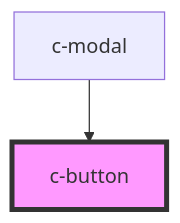
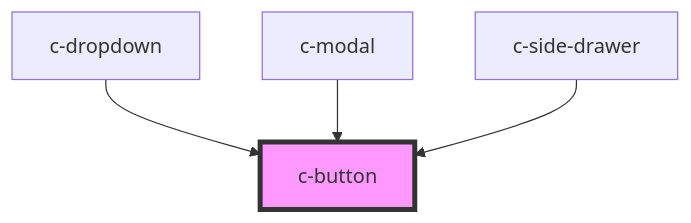
The diagram in src/scripts/components/button/readme.md (kickstand-ui/kickstand-ui), drawn with Mermaid before and after one commit. The commit also changed other lines of this file, not shown here.

Commit message:
updated button readme

````diff
--- a/src/scripts/components/button/readme.md
+++ b/src/scripts/components/button/readme.md
@@ -29,5 +35,7 @@
 ```mermaid
 graph TD;
+  c-dropdown --> c-button
   c-modal --> c-button
+  c-side-drawer --> c-button
   style c-button fill:#f9f,stroke:#333,stroke-width:4px
 ```
````
